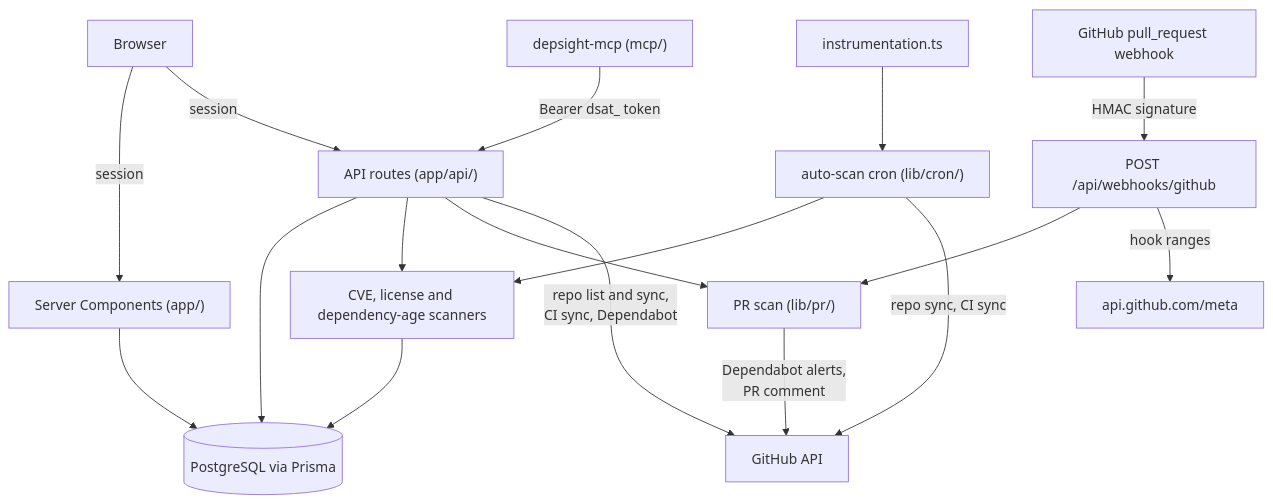
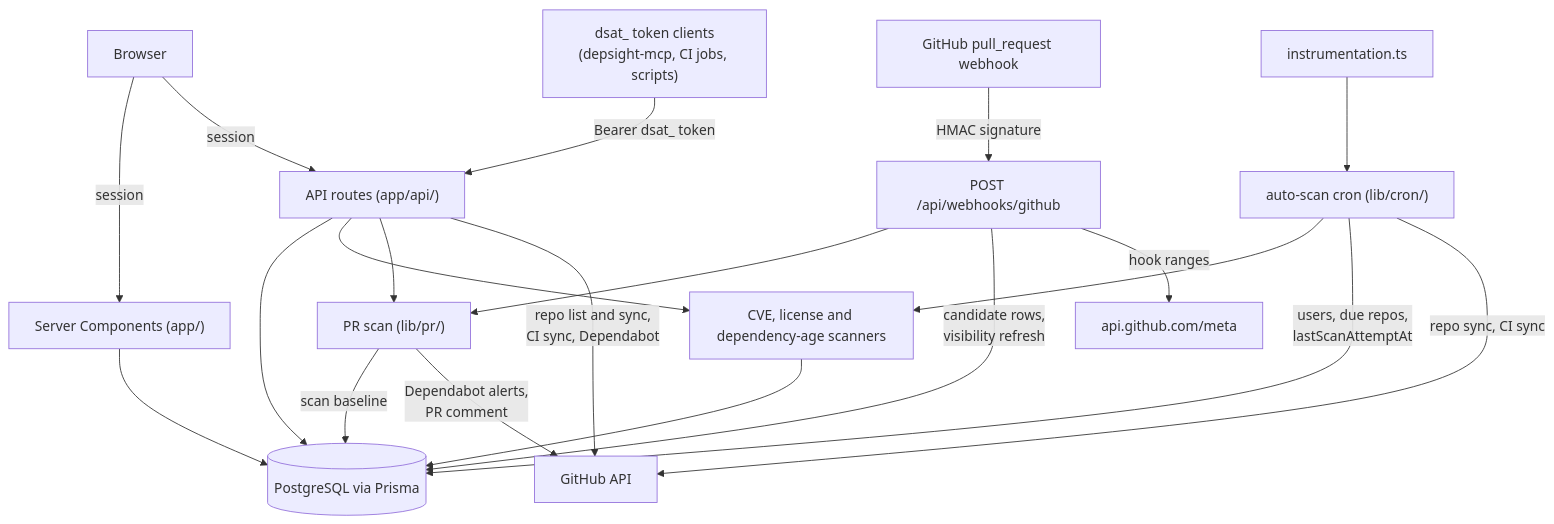
The first of 2 diagrams in docs/architecture.md (LanNguyenSi/depsight), drawn with Mermaid before and after one commit. The commit also changed other lines of this file and 5 other files, not shown here.

First line of the commit message:
docs: align examples, token scope defaults and diagrams with the code

````diff
--- a/docs/architecture.md
+++ b/docs/architecture.md
@@ -60,19 +60,22 @@
 ```mermaid
 flowchart TD
   Browser -->|session| SC["Server Components (app/)"]
   Browser -->|session| API["API routes (app/api/)"]
-  MCP["depsight-mcp (mcp/)"] -->|"Bearer dsat_ token"| API
+  MCP["dsat_ token clients<br/>(depsight-mcp, CI jobs, scripts)"] -->|"Bearer dsat_ token"| API
   INST["instrumentation.ts"] --> CRON["auto-scan cron (lib/cron/)"]
   GHWH["GitHub pull_request webhook"] -->|"HMAC signature"| WH["POST /api/webhooks/github"]
   SC --> DB[("PostgreSQL via Prisma")]
   API --> DB
   API --> SCN["CVE, license and dependency-age scanners"]
   CRON --> SCN
   SCN --> DB
   WH --> PR["PR scan (lib/pr/)"]
   API --> PR
+  PR -->|"scan baseline"| DB
+  WH -->|"candidate rows,<br/>visibility refresh"| DB
+  CRON -->|"users, due repos,<br/>lastScanAttemptAt"| DB
   WH -->|"hook ranges"| META["api.github.com/meta"]
   API -->|"repo list and sync,<br/>CI sync, Dependabot"| GH["GitHub API"]
   CRON -->|"repo sync, CI sync"| GH
   PR -->|"Dependabot alerts,<br/>PR comment"| GH
 ```
````
